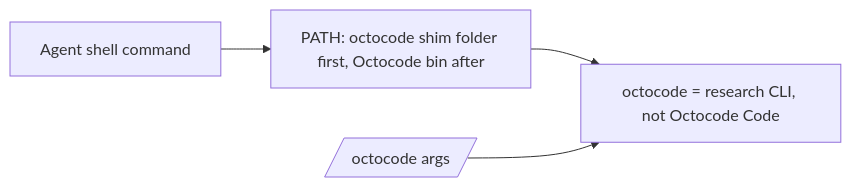
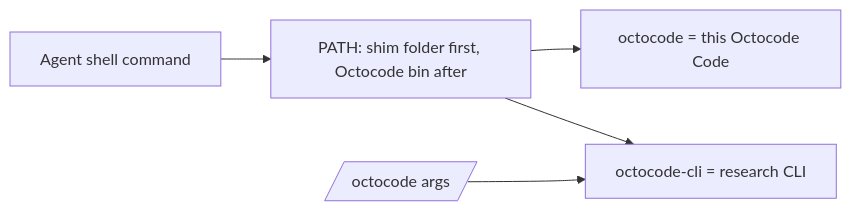
Diagram 19 of 19 in packages/coding-agent/docs/native-features.md (bgauryy/octocode-coding-agent), drawn with Mermaid before and after one commit. The commit also changed other lines of this file and 2785 other files, not shown here.

````diff
--- a/packages/coding-agent/docs/native-features.md
+++ b/packages/coding-agent/docs/native-features.md
@@ -995,6 +1085,7 @@
 ```mermaid
 flowchart LR
-  A[Agent shell command] --> P[PATH: octocode shim folder first, Octocode bin after]
-  P --> CLI[octocode = research CLI, not Octocode Code]
+  A[Agent shell command] --> P[PATH: shim folder first, Octocode bin after]
+  P --> AG[octocode = this Octocode Code]
+  P --> CLI[octocode-cli = research CLI]
   U[/octocode args/] --> CLI
 ```
````
